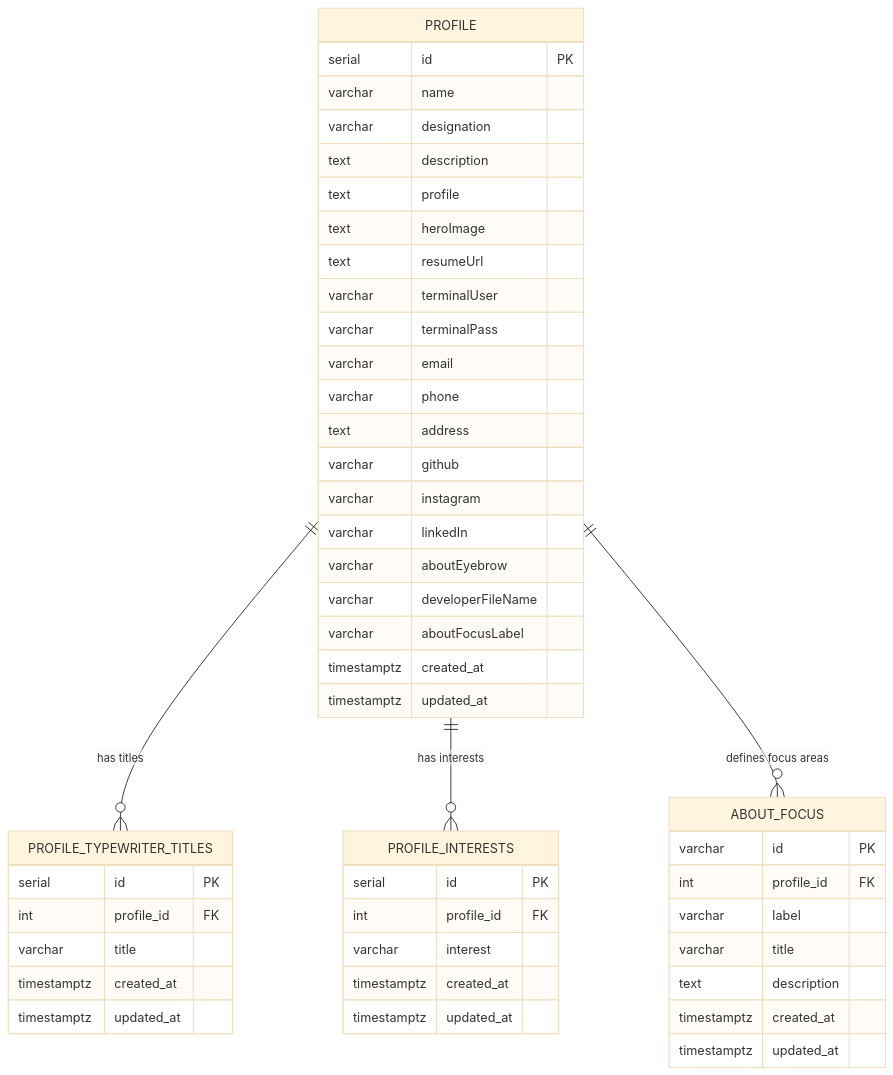
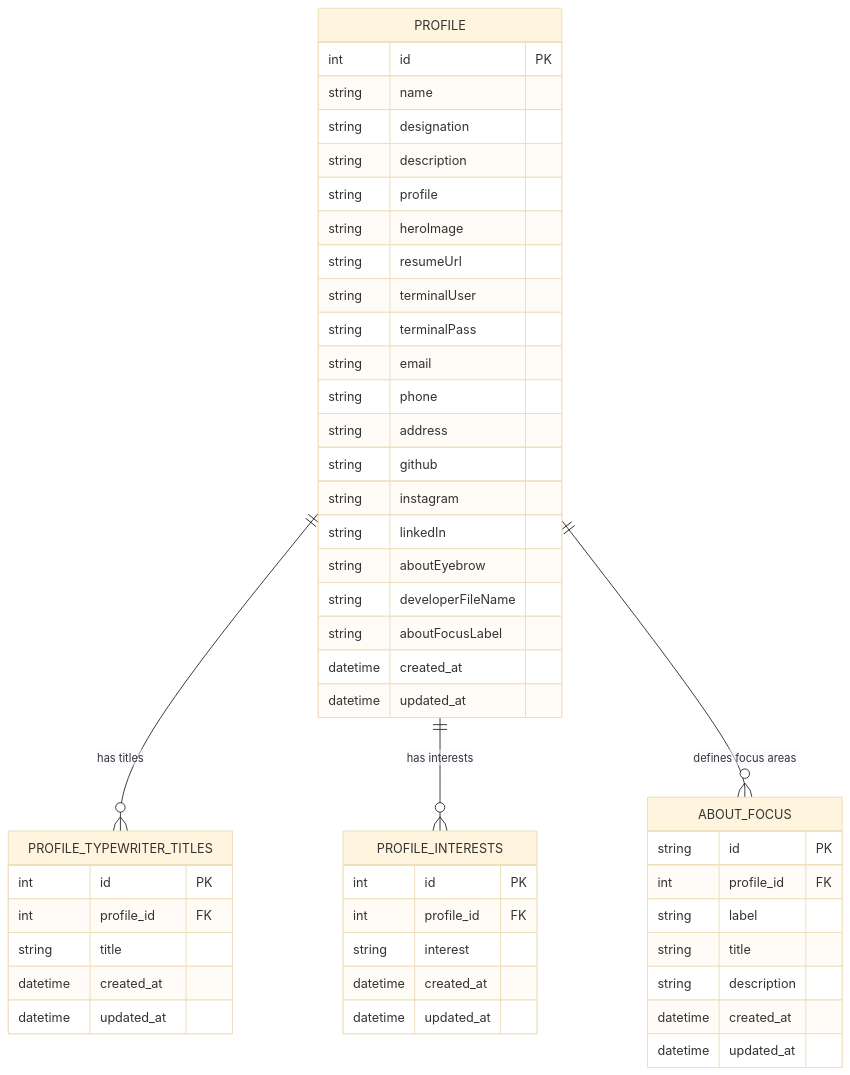
Before and after one commit to Haiderali445/portfolio-website: the fifth of 20 diagrams in README.md, drawn with Mermaid (base theme). The commit also changed other lines of this file and 2 other files, not shown here.

````diff
--- a/README.md
+++ b/README.md
@@ -264,55 +264,55 @@
 ```mermaid
 erDiagram
     PROFILE ||--o{ PROFILE_TYPEWRITER_TITLES : "has titles"
     PROFILE ||--o{ PROFILE_INTERESTS : "has interests"
     PROFILE ||--o{ ABOUT_FOCUS : "defines focus areas"
 
     PROFILE {
-        serial id PK
-        varchar name
-        varchar designation
-        text description
-        text profile
-        text heroImage
-        text resumeUrl
-        varchar terminalUser
-        varchar terminalPass
-        varchar email
-        varchar phone
-        text address
-        varchar github
-        varchar instagram
-        varchar linkedIn
-        varchar aboutEyebrow
-        varchar developerFileName
-        varchar aboutFocusLabel
-        timestamptz created_at
-        timestamptz updated_at
+        int id PK
+        string name
+        string designation
+        string description
+        string profile
+        string heroImage
+        string resumeUrl
+        string terminalUser
+        string terminalPass
+        string email
+        string phone
+        string address
+        string github
+        string instagram
+        string linkedIn
+        string aboutEyebrow
+        string developerFileName
+        string aboutFocusLabel
+        datetime created_at
+        datetime updated_at
     }
 
     PROFILE_TYPEWRITER_TITLES {
-        serial id PK
+        int id PK
         int profile_id FK
-        varchar title
-        timestamptz created_at
-        timestamptz updated_at
+        string title
+        datetime created_at
+        datetime updated_at
     }
 
     PROFILE_INTERESTS {
-        serial id PK
+        int id PK
         int profile_id FK
-        varchar interest
-        timestamptz created_at
-        timestamptz updated_at
+        string interest
+        datetime created_at
+        datetime updated_at
     }
 
     ABOUT_FOCUS {
-        varchar id PK
+        string id PK
         int profile_id FK
-        varchar label
-        varchar title
-        text description
-        timestamptz created_at
-        timestamptz updated_at
+        string label
+        string title
+        string description
+        datetime created_at
+        datetime updated_at
     }
 ```
````
